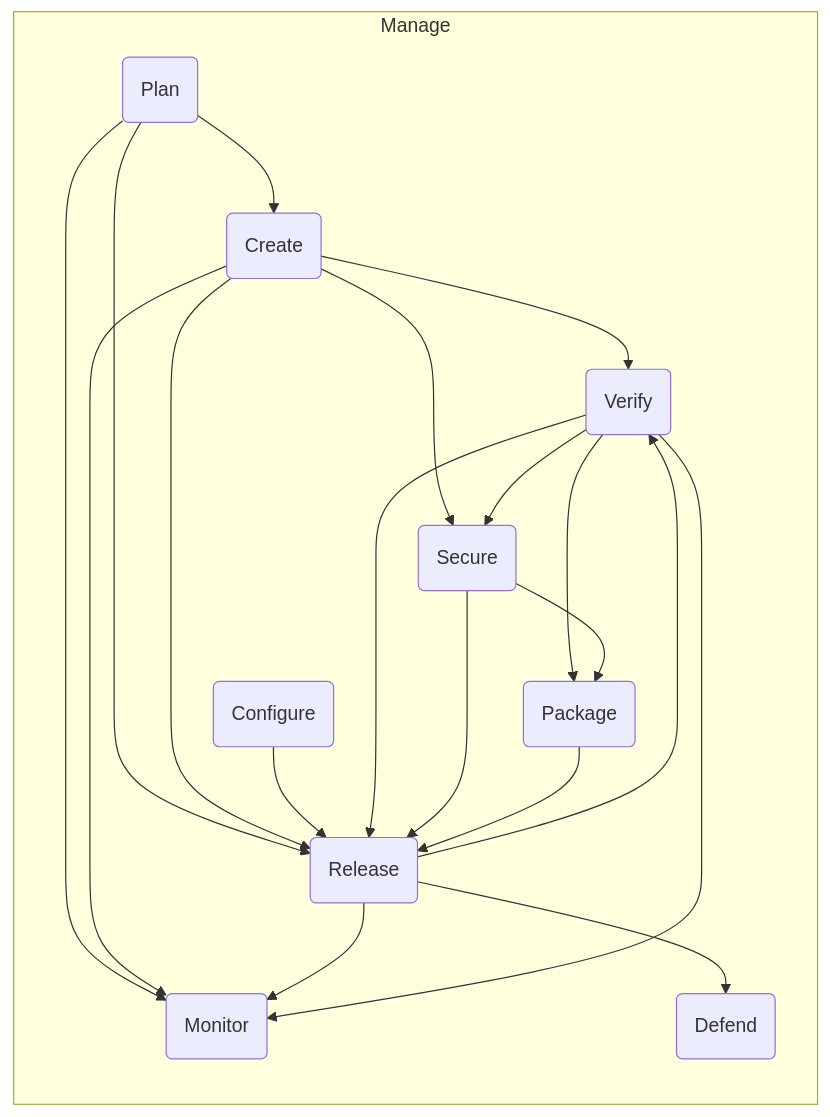
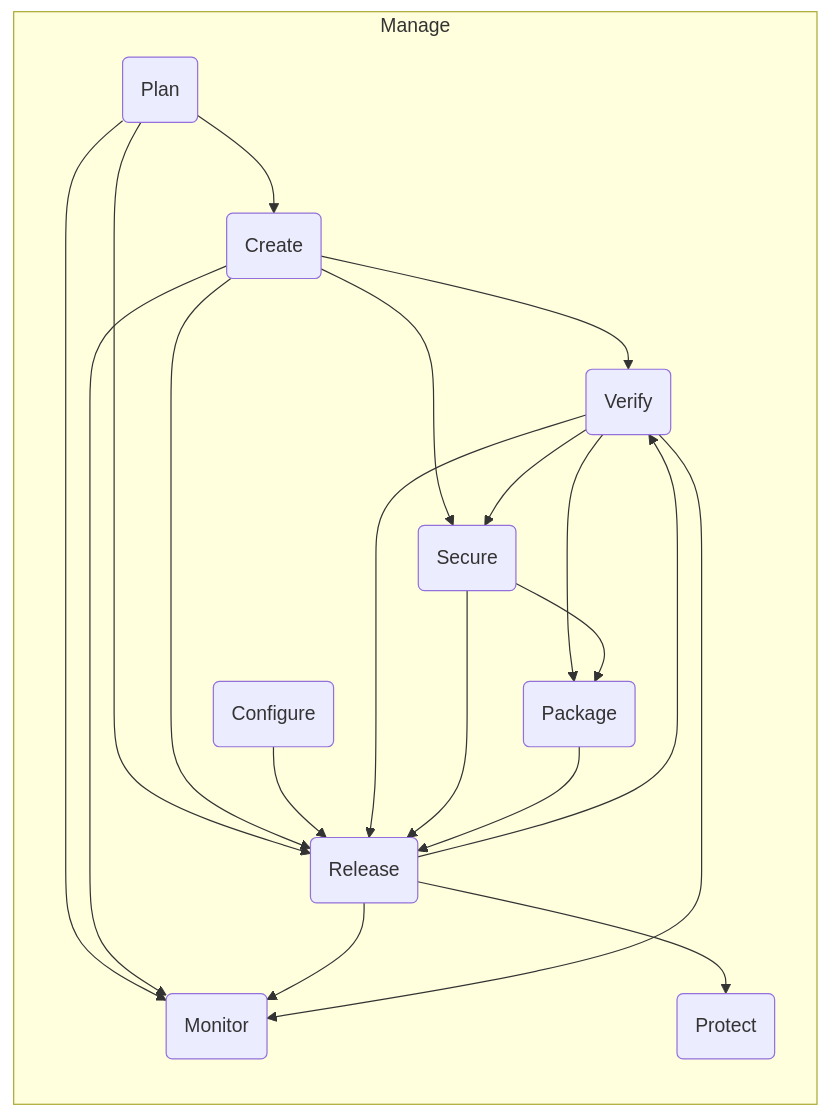
The diagram in product/single-application/index.html.md (secretstartups/handbook), drawn with Mermaid before and after one commit. The commit also changed 6 other files, not shown here.

````diff
--- a/product/single-application/index.html.md
+++ b/product/single-application/index.html.md
@@ -181,43 +181,43 @@
 ``` mermaid
 graph LR
   A(Plan)
   B(Create)
   C(Release)
-  D(Defend)
+  D(Protect)
   E(Configure)
   F(Monitor)
   G(Verify)
   H(Secure)
   I(Package)
 
   A --> B
   A --> C
   A --> F
   B --> G
   B --> C
   B --> H
   B --> F
   C --> G
   C --> F
   C --> D
   E --> C
   G --> H
   G --> I
   G --> C
   G --> F
   H --> C
   H --> I
   I --> C
 
   subgraph Manage
     A
     B
     C
     D
     E
     F
     G
     H
     I
   end
 ```
````
